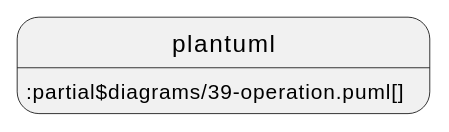
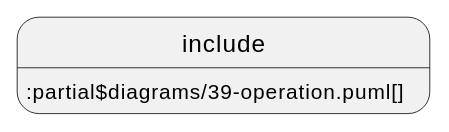
Before and after one commit to acplt/aas-specs: diagram 12 of 18 in documentation/IDTA-01001/modules/ROOT/pages/spec-metamodel/submodel-elements.adoc, drawn with PlantUML. The commit also changed other lines of this file and 14 other files, not shown here.

First line of the commit message:
Revert "Use plantuml instead of include and test ./"

```diff
--- a/documentation/IDTA-01001/modules/ROOT/pages/spec-metamodel/submodel-elements.adoc
+++ b/documentation/IDTA-01001/modules/ROOT/pages/spec-metamodel/submodel-elements.adoc
@@ -561,4 +561,4 @@
 [plantuml, 39-operation, svg]
 ....
-plantuml::partial$diagrams/39-operation.puml[]
+include::partial$diagrams/39-operation.puml[]
 ....
```
